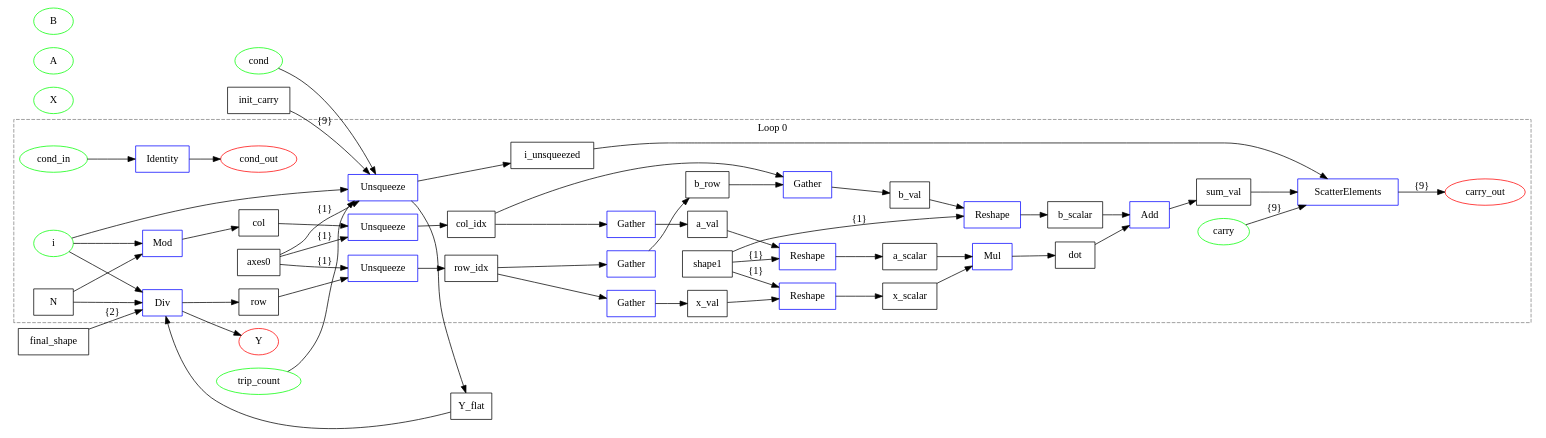
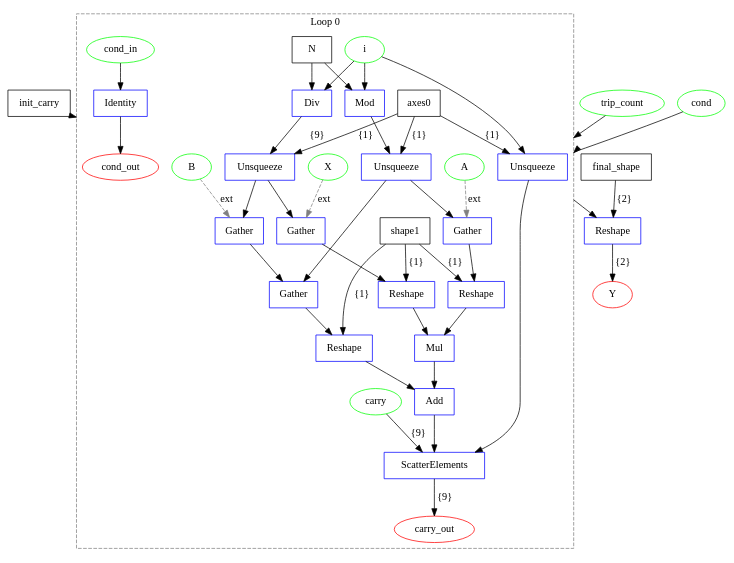
Before and after one commit to specs-feup/onnx-flow: the diagram in examples/onnx/matmul_add_decomposed.dot, drawn with Graphviz. The commit also changed 3 other files, not shown here.

```diff
--- a/examples/onnx/matmul_add_decomposed.dot
+++ b/examples/onnx/matmul_add_decomposed.dot
@@ -1,111 +1,83 @@
 digraph {
-  graph [rankdir=LR compound=true];
+  graph [compound=true];
   init_carry [label=init_carry shape=box];
   final_shape [label=final_shape shape=box];
   X [label=X shape=ellipse color="#00FF00"];
   A [label=A shape=ellipse color="#00FF00"];
   B [label=B shape=ellipse color="#00FF00"];
   trip_count [label=trip_count shape=ellipse color="#00FF00"];
   cond [label=cond shape=ellipse color="#00FF00"];
   Y [label=Y shape=ellipse color="#FF0000"];
-  0 [label=Loop shape=box color="#0000FF"];
-  Y_flat [label=Y_flat shape=box];
-  1 [label=Reshape shape=box color="#0000FF"];
-  trip_count -> 0 [label=""];
-  cond -> 0 [label=""];
-  init_carry -> 0 [label="{9}"];
-  0 -> Y_flat [label=""];
-  Y_flat -> 1 [label=""];
-  final_shape -> 1 [label="{2}"];
-  1 -> Y [label=""];
   subgraph cluster_loop_0 {
     graph [rankdir=LR compound=true];
-    axes0 [label=axes0 shape=box];
-    N [label=N shape=box];
-    shape1 [label=shape1 shape=box];
-    i [label=i shape=ellipse color="#00FF00"];
-    cond_in [label=cond_in shape=ellipse color="#00FF00"];
-    carry [label=carry shape=ellipse color="#00FF00"];
-    cond_out [label=cond_out shape=ellipse color="#FF0000"];
-    carry_out [label=carry_out shape=ellipse color="#FF0000"];
-    0 [label=Unsqueeze shape=box color="#0000FF"];
-    i_unsqueezed [label=i_unsqueezed shape=box];
-    1 [label=Div shape=box color="#0000FF"];
-    row [label=row shape=box];
-    2 [label=Mod shape=box color="#0000FF"];
-    col [label=col shape=box];
-    3 [label=Unsqueeze shape=box color="#0000FF"];
-    row_idx [label=row_idx shape=box];
-    4 [label=Unsqueeze shape=box color="#0000FF"];
-    col_idx [label=col_idx shape=box];
-    5 [label=Gather shape=box color="#0000FF"];
-    x_val [label=x_val shape=box];
-    6 [label=Reshape shape=box color="#0000FF"];
-    x_scalar [label=x_scalar shape=box];
-    7 [label=Gather shape=box color="#0000FF"];
-    a_val [label=a_val shape=box];
-    8 [label=Reshape shape=box color="#0000FF"];
-    a_scalar [label=a_scalar shape=box];
-    9 [label=Mul shape=box color="#0000FF"];
-    dot [label=dot shape=box];
-    10 [label=Gather shape=box color="#0000FF"];
-    b_row [label=b_row shape=box];
-    11 [label=Gather shape=box color="#0000FF"];
-    b_val [label=b_val shape=box];
-    12 [label=Reshape shape=box color="#0000FF"];
-    b_scalar [label=b_scalar shape=box];
-    13 [label=Add shape=box color="#0000FF"];
-    sum_val [label=sum_val shape=box];
-    14 [label=ScatterElements shape=box color="#0000FF"];
-    15 [label=Identity shape=box color="#0000FF"];
-    i -> 0 [label=""];
-    axes0 -> 0 [label="{1}"];
-    0 -> i_unsqueezed [label=""];
-    i -> 1 [label=""];
-    N -> 1 [label=""];
-    1 -> row [label=""];
-    i -> 2 [label=""];
-    N -> 2 [label=""];
-    2 -> col [label=""];
-    row -> 3 [label=""];
-    axes0 -> 3 [label="{1}"];
-    3 -> row_idx [label=""];
-    col -> 4 [label=""];
-    axes0 -> 4 [label="{1}"];
-    4 -> col_idx [label=""];
-    row_idx -> 5 [label=""];
-    5 -> x_val [label=""];
-    x_val -> 6 [label=""];
-    shape1 -> 6 [label="{1}"];
-    6 -> x_scalar [label=""];
-    col_idx -> 7 [label=""];
-    7 -> a_val [label=""];
-    a_val -> 8 [label=""];
-    shape1 -> 8 [label="{1}"];
-    8 -> a_scalar [label=""];
-    x_scalar -> 9 [label=""];
-    a_scalar -> 9 [label=""];
-    9 -> dot [label=""];
-    row_idx -> 10 [label=""];
-    10 -> b_row [label=""];
-    b_row -> 11 [label=""];
-    col_idx -> 11 [label=""];
-    11 -> b_val [label=""];
-    b_val -> 12 [label=""];
-    shape1 -> 12 [label="{1}"];
-    12 -> b_scalar [label=""];
-    dot -> 13 [label=""];
-    b_scalar -> 13 [label=""];
-    13 -> sum_val [label=""];
-    carry -> 14 [label="{9}"];
-    i_unsqueezed -> 14 [label=""];
-    sum_val -> 14 [label=""];
-    14 -> carry_out [label="{9}"];
-    cond_in -> 15 [label=""];
-    15 -> cond_out [label=""];
+    loop0_axes0 [label=axes0 shape=box];
+    loop0_N [label=N shape=box];
+    loop0_shape1 [label=shape1 shape=box];
+    loop0_i [label=i shape=ellipse color="#00FF00"];
+    loop0_cond_in [label=cond_in shape=ellipse color="#00FF00"];
+    loop0_carry [label=carry shape=ellipse color="#00FF00"];
+    loop0_cond_out [label=cond_out shape=ellipse color="#FF0000"];
+    loop0_carry_out [label=carry_out shape=ellipse color="#FF0000"];
+    loop0_0 [label=Unsqueeze shape=box color="#0000FF"];
+    loop0_0 -> loop0_14 [label=""];
+    loop0_1 [label=Div shape=box color="#0000FF"];
+    loop0_1 -> loop0_3 [label=""];
+    loop0_2 [label=Mod shape=box color="#0000FF"];
+    loop0_2 -> loop0_4 [label=""];
+    loop0_3 [label=Unsqueeze shape=box color="#0000FF"];
+    loop0_3 -> loop0_5 [label=""];
+    loop0_3 -> loop0_10 [label=""];
+    loop0_4 [label=Unsqueeze shape=box color="#0000FF"];
+    loop0_4 -> loop0_7 [label=""];
+    loop0_4 -> loop0_11 [label=""];
+    loop0_5 [label=Gather shape=box color="#0000FF"];
+    loop0_5 -> loop0_6 [label=""];
+    loop0_6 [label=Reshape shape=box color="#0000FF"];
+    loop0_6 -> loop0_9 [label=""];
+    loop0_7 [label=Gather shape=box color="#0000FF"];
+    loop0_7 -> loop0_8 [label=""];
+    loop0_8 [label=Reshape shape=box color="#0000FF"];
+    loop0_8 -> loop0_9 [label=""];
+    loop0_9 [label=Mul shape=box color="#0000FF"];
+    loop0_9 -> loop0_13 [label=""];
+    loop0_10 [label=Gather shape=box color="#0000FF"];
+    loop0_10 -> loop0_11 [label=""];
+    loop0_11 [label=Gather shape=box color="#0000FF"];
+    loop0_11 -> loop0_12 [label=""];
+    loop0_12 [label=Reshape shape=box color="#0000FF"];
+    loop0_12 -> loop0_13 [label=""];
+    loop0_13 [label=Add shape=box color="#0000FF"];
+    loop0_13 -> loop0_14 [label=""];
+    loop0_14 [label=ScatterElements shape=box color="#0000FF"];
+    loop0_15 [label=Identity shape=box color="#0000FF"];
+    loop0_i -> loop0_0 [label=""];
+    loop0_axes0 -> loop0_0 [label="{1}"];
+    loop0_i -> loop0_1 [label=""];
+    loop0_N -> loop0_1 [label=""];
+    loop0_i -> loop0_2 [label=""];
+    loop0_N -> loop0_2 [label=""];
+    loop0_axes0 -> loop0_3 [label="{1}"];
+    loop0_axes0 -> loop0_4 [label="{1}"];
+    loop0_shape1 -> loop0_6 [label="{1}"];
+    loop0_shape1 -> loop0_8 [label="{1}"];
+    loop0_shape1 -> loop0_12 [label="{1}"];
+    loop0_carry -> loop0_14 [label="{9}"];
+    loop0_14 -> loop0_carry_out [label="{9}"];
+    loop0_cond_in -> loop0_15 [label=""];
+    loop0_15 -> loop0_cond_out [label=""];
+    X -> loop0_5 [style=dashed color=gray label=ext];
+    A -> loop0_7 [style=dashed color=gray label=ext];
+    B -> loop0_10 [style=dashed color=gray label=ext];
     graph [label="Loop 0"];
     graph [style=dashed];
     graph [color=gray];
   }
 
+  loop0_0 -> 1 [label="" ltail=cluster_loop_0];
+  1 [label=Reshape shape=box color="#0000FF"];
+  trip_count -> loop0_0 [label="" lhead=cluster_loop_0];
+  cond -> loop0_0 [label="" lhead=cluster_loop_0];
+  init_carry -> loop0_0 [label="{9}" lhead=cluster_loop_0];
+  final_shape -> 1 [label="{2}"];
+  1 -> Y [label="{2}"];
 }
```
